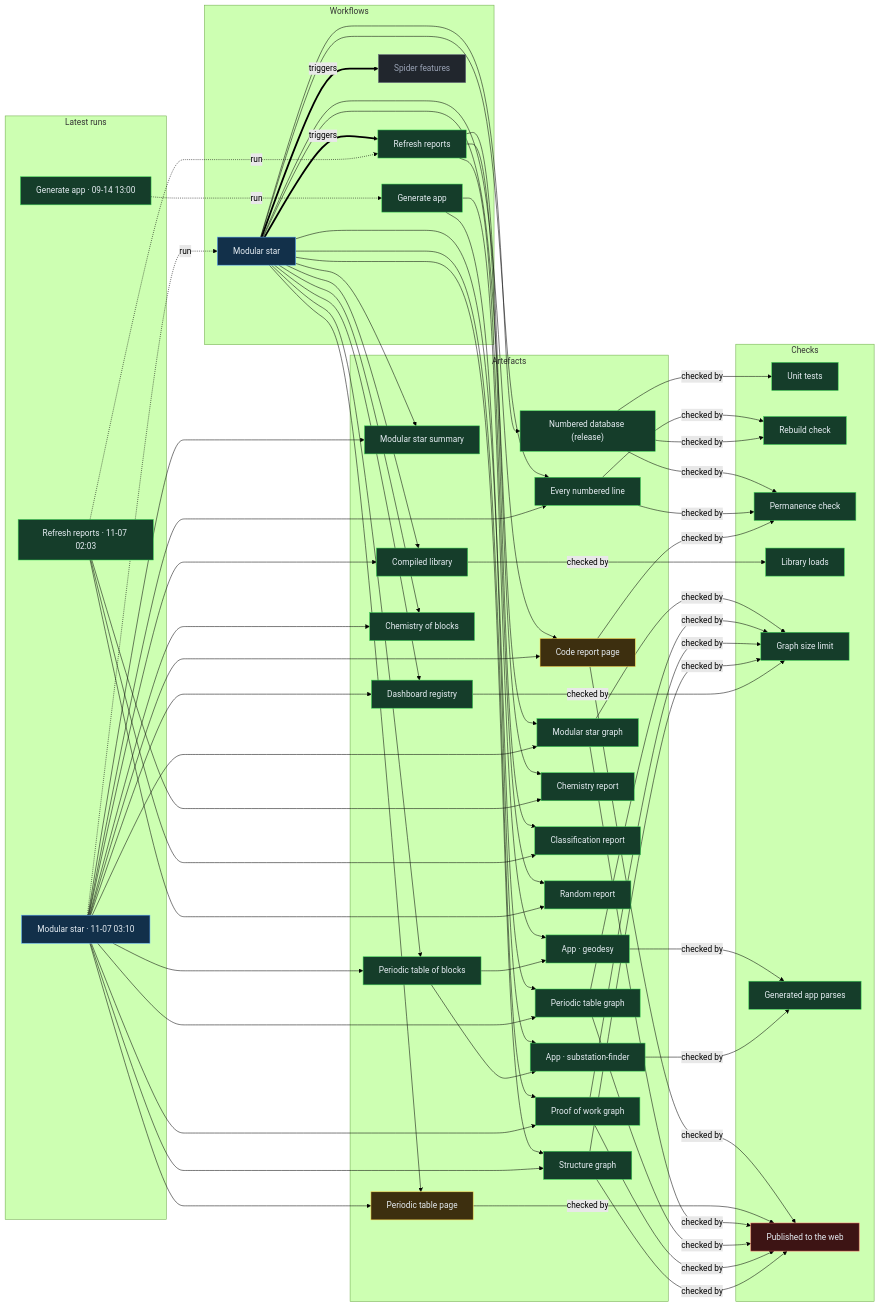
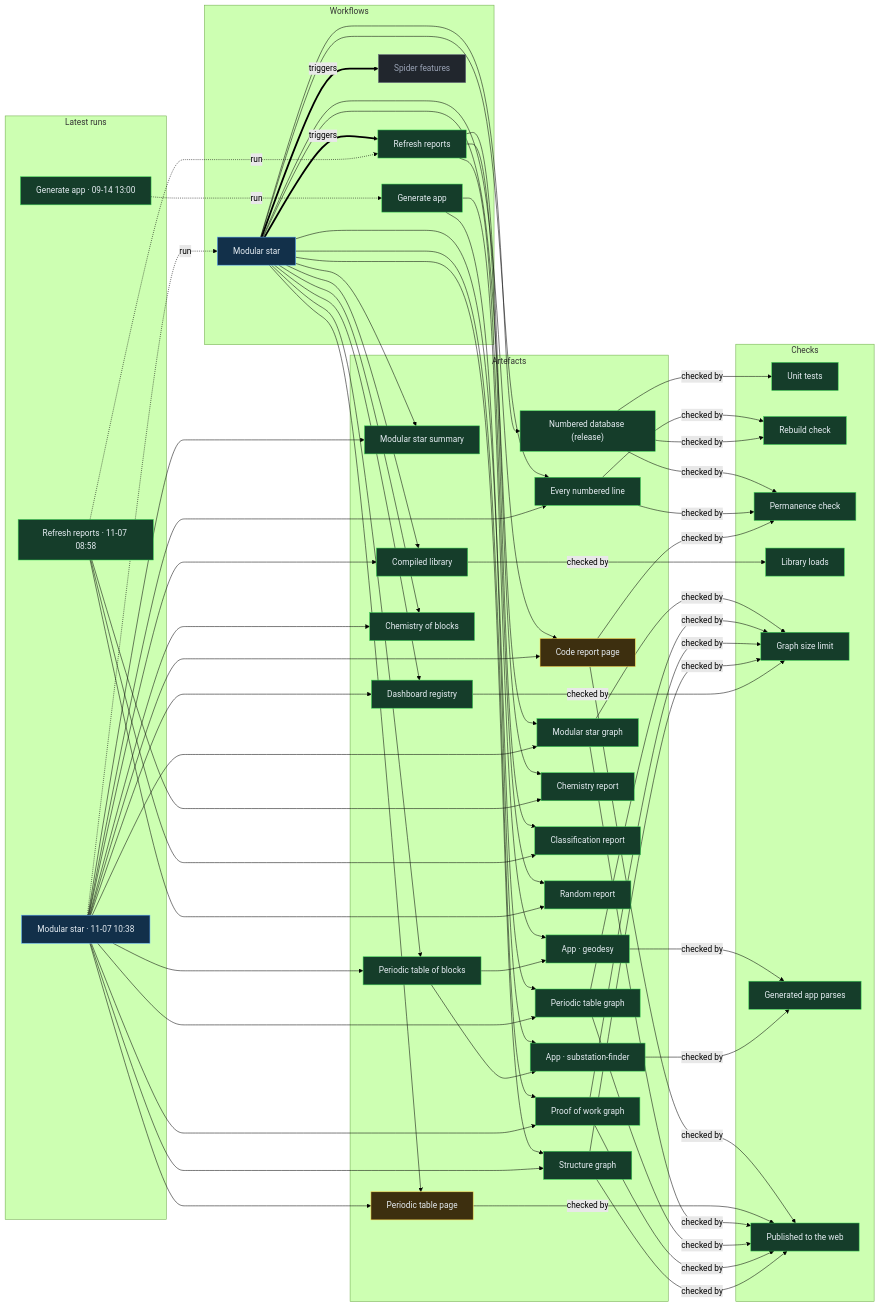
The diagram in proof/PROOF.md (Ventusltd/stars), drawn with Mermaid (forest theme) before and after one commit. The commit also changed other lines of this file and 51 other files, not shown here.

Commit message:
Modular star 2026-11-07T10:41Z

```diff
--- a/proof/PROOF.md
+++ b/proof/PROOF.md
@@ -24,8 +24,8 @@
   n_wf_spider_features["Spider features"]:::off
   end
   subgraph g_runs["Latest runs"]
-  n_run_42332738516["Modular star · 11-07 03:10"]:::live
-  n_run_42327289651["Refresh reports · 11-07 02:03"]:::ok
+  n_run_42364829350["Modular star · 11-07 10:38"]:::live
+  n_run_42357678475["Refresh reports · 11-07 08:58"]:::ok
   n_run_34846587798["Generate app · 09-14 13:00"]:::ok
   end
   subgraph g_artefacts["Artefacts"]
@@ -55,43 +55,43 @@
   n_chk_library["Library loads"]:::ok
   n_chk_size["Graph size limit"]:::ok
   n_chk_parses["Generated app parses"]:::ok
-  n_chk_pages["Published to the web"]:::fail
+  n_chk_pages["Published to the web"]:::ok
   end
   n_wf_modular_star == triggers ==> n_wf_refresh
   n_wf_modular_star == triggers ==> n_wf_spider_features
-  n_run_42332738516 -. run .-> n_wf_modular_star
-  n_run_42327289651 -. run .-> n_wf_refresh
+  n_run_42364829350 -. run .-> n_wf_modular_star
+  n_run_42357678475 -. run .-> n_wf_refresh
   n_run_34846587798 -. run .-> n_wf_generate
   n_wf_modular_star --> n_art_summary
-  n_run_42332738516 --> n_art_summary
+  n_run_42364829350 --> n_art_summary
   n_wf_modular_star --> n_art_lines
-  n_run_42332738516 --> n_art_lines
+  n_run_42364829350 --> n_art_lines
   n_wf_modular_star --> n_art_code
-  n_run_42332738516 --> n_art_code
+  n_run_42364829350 --> n_art_code
   n_wf_modular_star --> n_art_modular_graph
-  n_run_42332738516 --> n_art_modular_graph
+  n_run_42364829350 --> n_art_modular_graph
   n_wf_modular_star --> n_art_blocks
-  n_run_42332738516 --> n_art_blocks
+  n_run_42364829350 --> n_art_blocks
   n_wf_modular_star --> n_art_table
-  n_run_42332738516 --> n_art_table
+  n_run_42364829350 --> n_art_table
   n_wf_modular_star --> n_art_blocks_graph
-  n_run_42332738516 --> n_art_blocks_graph
+  n_run_42364829350 --> n_art_blocks_graph
   n_wf_modular_star --> n_art_reactions
-  n_run_42332738516 --> n_art_reactions
+  n_run_42364829350 --> n_art_reactions
   n_wf_modular_star --> n_art_library
-  n_run_42332738516 --> n_art_library
+  n_run_42364829350 --> n_art_library
   n_wf_modular_star --> n_art_features
-  n_run_42332738516 --> n_art_features
+  n_run_42364829350 --> n_art_features
   n_wf_modular_star --> n_art_proof
-  n_run_42332738516 --> n_art_proof
+  n_run_42364829350 --> n_art_proof
   n_wf_modular_star --> n_art_structure
-  n_run_42332738516 --> n_art_structure
+  n_run_42364829350 --> n_art_structure
   n_wf_refresh --> n_art_chemistry
-  n_run_42327289651 --> n_art_chemistry
+  n_run_42357678475 --> n_art_chemistry
   n_wf_refresh --> n_art_vedic
-  n_run_42327289651 --> n_art_vedic
+  n_run_42357678475 --> n_art_vedic
   n_wf_refresh --> n_art_random
-  n_run_42327289651 --> n_art_random
+  n_run_42357678475 --> n_art_random
   n_wf_modular_star --> n_art_release
   n_wf_generate --> n_app_geodesy
   n_art_blocks --> n_app_geodesy
```
